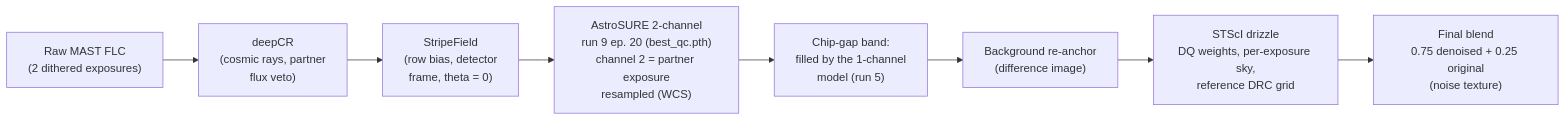
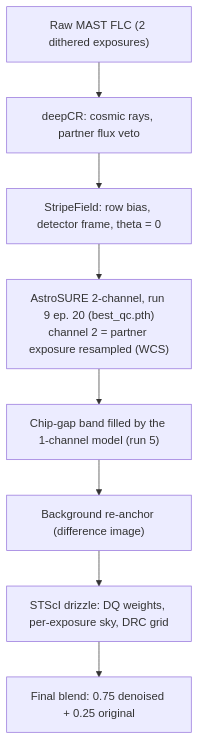
The diagram in README.md (BB-Astro/AstroSURE), drawn with Mermaid before and after one commit.

Commit message:
Make the pipeline diagram vertical so it reads without zooming

````diff
--- a/README.md
+++ b/README.md
@@ -23,10 +23,10 @@
 ```mermaid
-flowchart LR
-    A["Raw MAST FLC<br/>(2 dithered exposures)"] --> B["deepCR<br/>(cosmic rays, partner<br/>flux veto)"]
-    B --> C["StripeField<br/>(row bias, detector<br/>frame, theta = 0)"]
-    C --> D["AstroSURE 2-channel<br/>run 9 ep. 20 (best_qc.pth)<br/>channel 2 = partner exposure<br/>resampled (WCS)"]
-    D --> E["Chip-gap band:<br/>filled by the 1-channel<br/>model (run 5)"]
-    E --> F["Background re-anchor<br/>(difference image)"]
-    F --> G["STScI drizzle<br/>DQ weights, per-exposure sky,<br/>reference DRC grid"]
-    G --> H["Final blend<br/>0.75 denoised + 0.25 original<br/>(noise texture)"]
+flowchart TD
+    A["Raw MAST FLC (2 dithered exposures)"] --> B["deepCR: cosmic rays, partner flux veto"]
+    B --> C["StripeField: row bias, detector frame, theta = 0"]
+    C --> D["AstroSURE 2-channel, run 9 ep. 20 (best_qc.pth)<br/>channel 2 = partner exposure resampled (WCS)"]
+    D --> E["Chip-gap band filled by the 1-channel model (run 5)"]
+    E --> F["Background re-anchor (difference image)"]
+    F --> G["STScI drizzle: DQ weights, per-exposure sky, DRC grid"]
+    G --> H["Final blend: 0.75 denoised + 0.25 original"]
 ```
````
